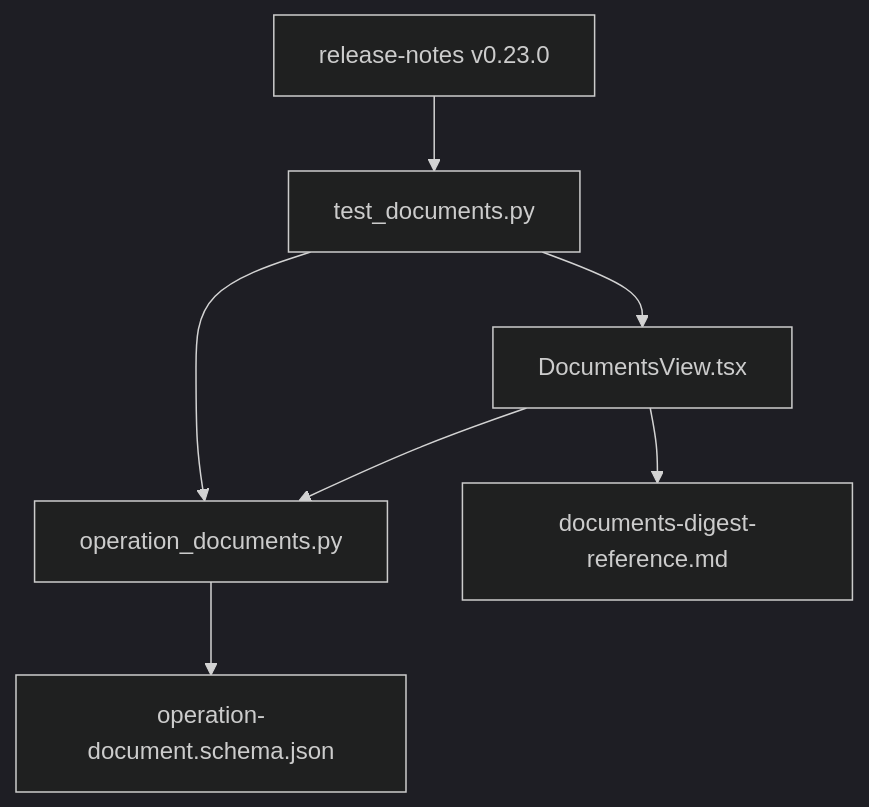
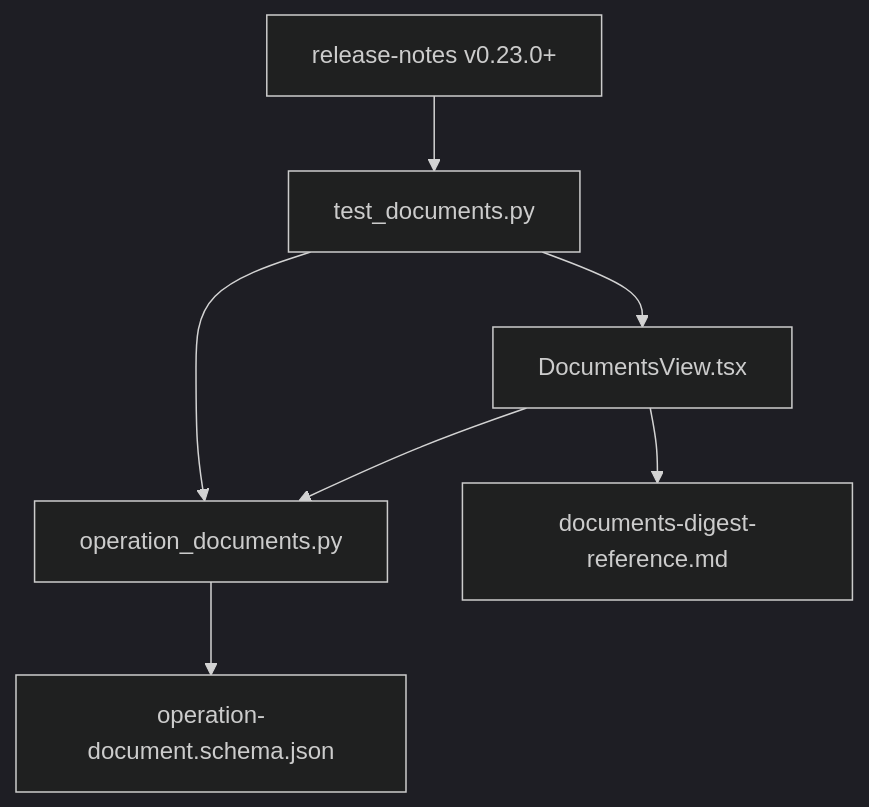
The seventh of 7 diagrams in .qoder/repowiki/en/content/Architecture Documentation/SPEC-041_ Documents Readability and Digest Reference.md (metasync/luban-aiops), drawn with Mermaid (dark theme) before and after one commit. The commit also changed other lines of this file and 11 other files, not shown here.

````diff
--- a/.qoder/repowiki/en/content/Architecture Documentation/SPEC-041_ Documents Readability and Digest Reference.md
+++ b/.qoder/repowiki/en/content/Architecture Documentation/SPEC-041_ Documents Readability and Digest Reference.md
@@ -259,15 +263,15 @@
 ```mermaid
 graph TB
 S["operation-document.schema.json"]
 A["operation_documents.py"]
 P["DocumentsView.tsx"]
 T["test_documents.py"]
 R["documents-digest-reference.md"]
-RN["release-notes v0.23.0"]
+RN["release-notes v0.23.0+"]
 T --> A
 T --> P
 A --> S
 P --> A
 P --> R
 RN --> T
 ```
````
